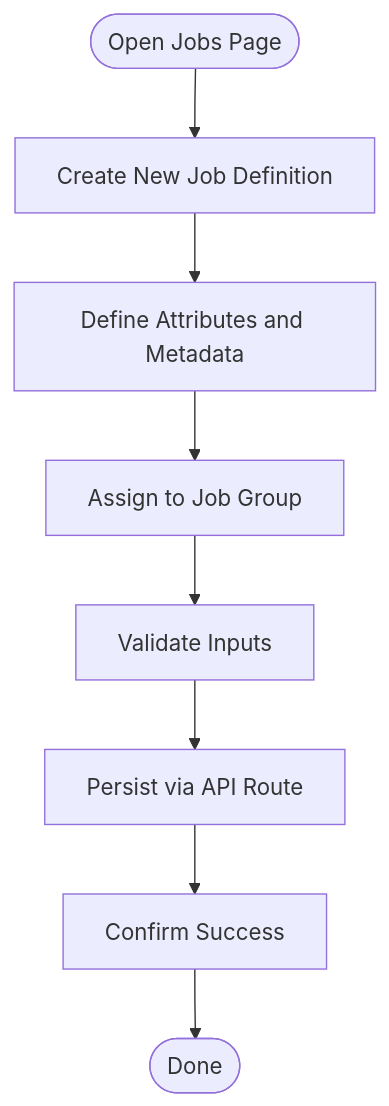
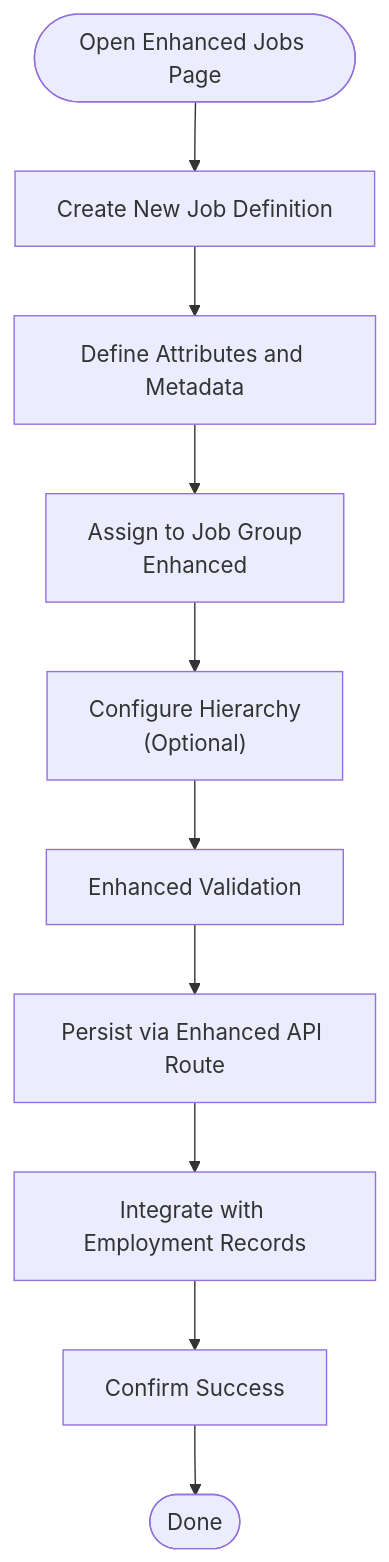
The third of 7 diagrams in .qoder/repowiki/en/content/Administration/Master Data Management.md (EdwinCycling/LiquidHR), drawn with Mermaid before and after one commit. The commit also changed other lines of this file and 26 other files, not shown here.

````diff
--- a/.qoder/repowiki/en/content/Administration/Master Data Management.md
+++ b/.qoder/repowiki/en/content/Administration/Master Data Management.md
@@ -191,10 +209,12 @@
 ```mermaid
 flowchart TD
-Start(["Open Jobs Page"]) --> Create["Create New Job Definition"]
+Start(["Open Enhanced Jobs Page"]) --> Create["Create New Job Definition"]
 Create --> DefineAttrs["Define Attributes and Metadata"]
-DefineAttrs --> AssignGroup["Assign to Job Group"]
-AssignGroup --> Validate["Validate Inputs"]
-Validate --> Persist["Persist via API Route"]
-Persist --> Confirm["Confirm Success"]
+DefineAttrs --> AssignGroup["Assign to Job Group<br/>Enhanced"]
+AssignGroup --> ConfigureHierarchy["Configure Hierarchy<br/>(Optional)"]
+ConfigureHierarchy --> Validate["Enhanced Validation"]
+Validate --> Persist["Persist via Enhanced API Route"]
+Persist --> Integrate["Integrate with Employment Records"]
+Integrate --> Confirm["Confirm Success"]
 Confirm --> End(["Done"])
 ```
````
